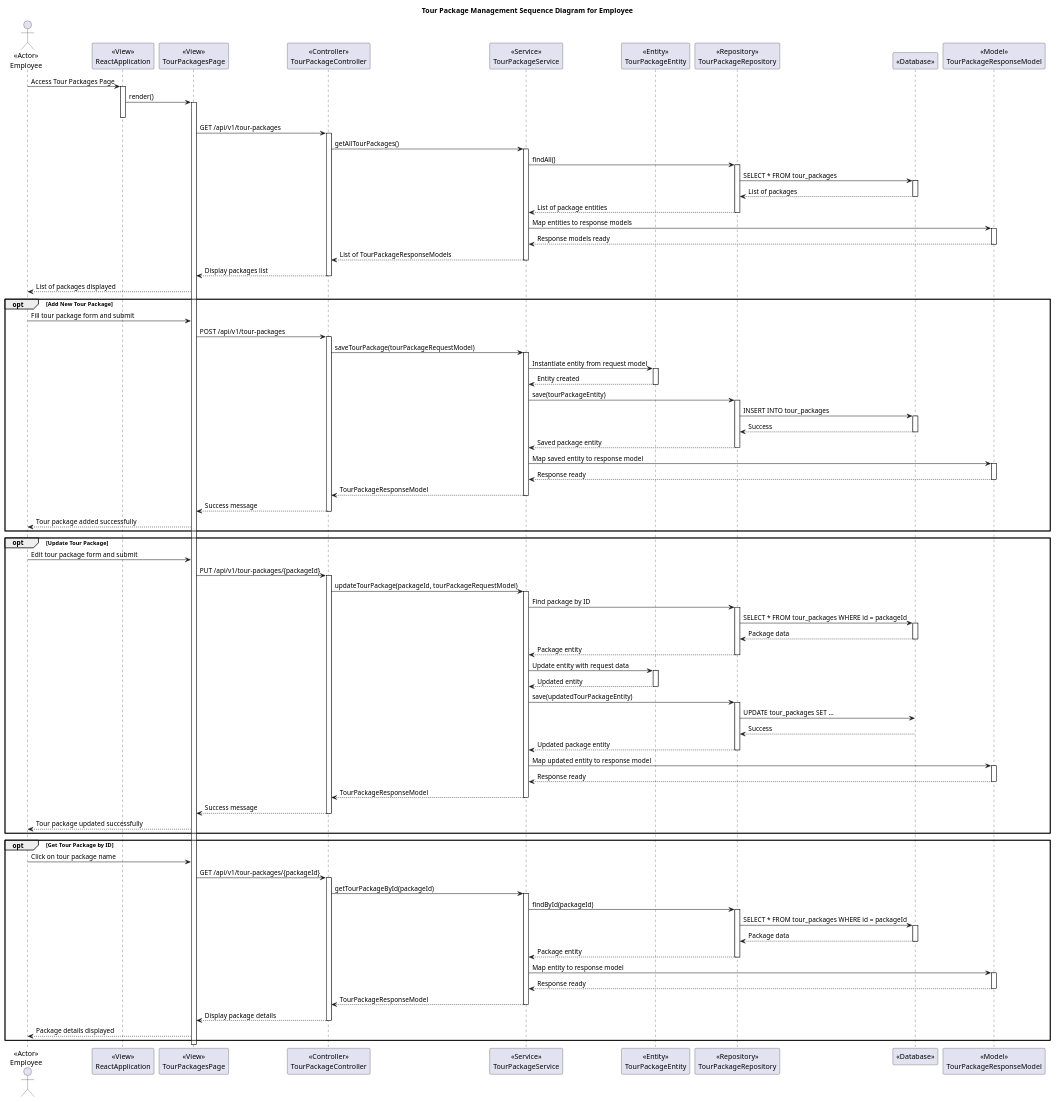
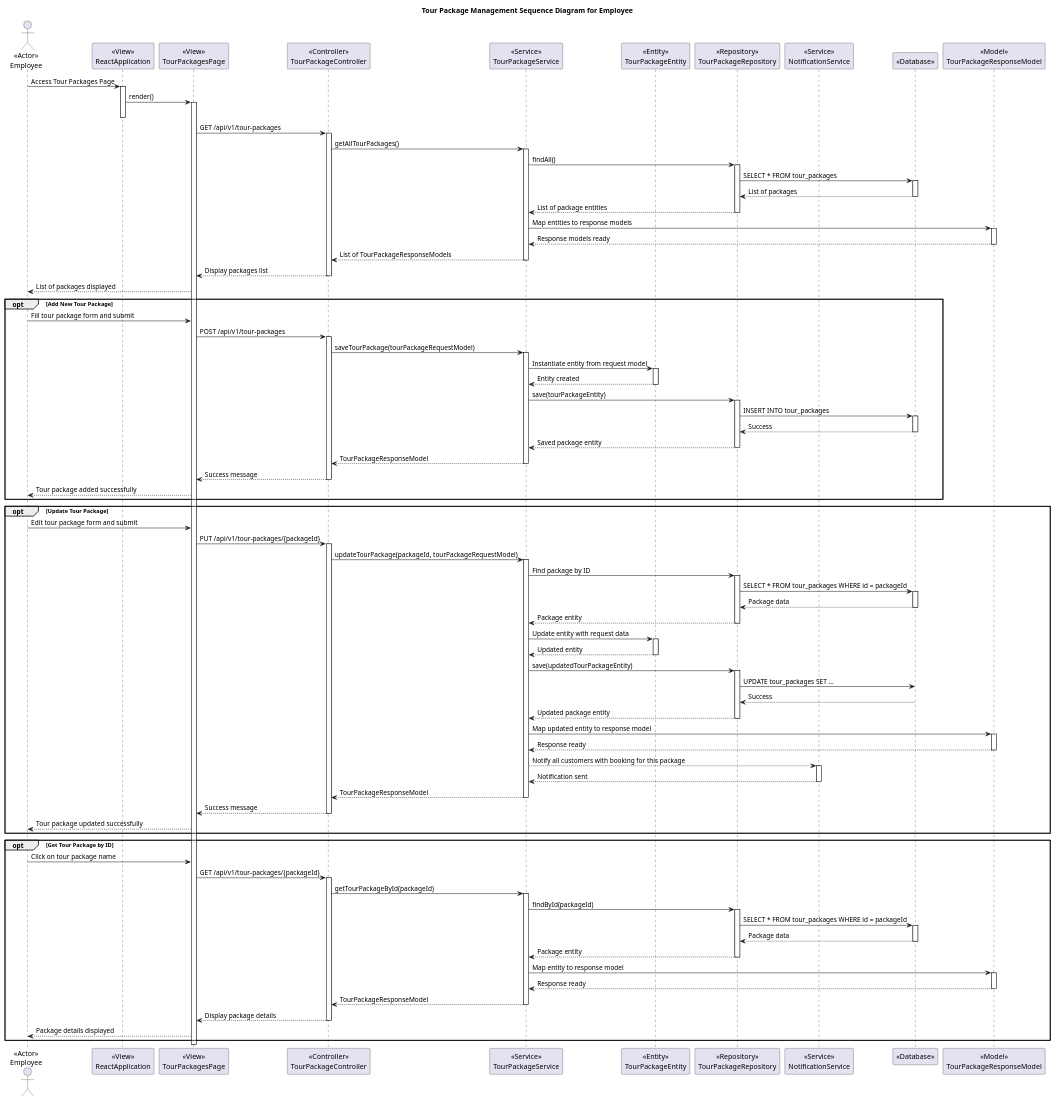
Before and after one commit to Hares-2088/TravelTrove: the diagram in diagrams/Design_Level_Sequence_Diagrams/Sprint2/Tour_Packages/Employee.puml, drawn with PlantUML. The commit also changed 2 other files, not shown here.

```diff
--- a/diagrams/Design_Level_Sequence_Diagrams/Sprint2/Tour_Packages/Employee.puml
+++ b/diagrams/Design_Level_Sequence_Diagrams/Sprint2/Tour_Packages/Employee.puml
@@ -1,163 +1,164 @@
 @startuml
 title Tour Package Management Sequence Diagram for Employee
 
 actor Employee as "<<Actor>>\nEmployee"
 
 participant ReactApplication as "<<View>>\nReactApplication"
 participant TourPackagesPage as "<<View>>\nTourPackagesPage"
 participant TourPackageController as "<<Controller>>\nTourPackageController"
 participant TourPackageService as "<<Service>>\nTourPackageService"
 participant TourPackageEntity as "<<Entity>>\nTourPackageEntity"
 participant TourPackageRepository as "<<Repository>>\nTourPackageRepository"
+participant NotificationService as "<<Service>>\nNotificationService"
 participant Database as "<<Database>>"
 participant TourPackageResponseModel as "<<Model>>\nTourPackageResponseModel"
 
 Employee -> ReactApplication : Access Tour Packages Page
 activate ReactApplication
 
 ReactApplication -> TourPackagesPage : render()
 activate TourPackagesPage
 deactivate ReactApplication
 
 TourPackagesPage -> TourPackageController : GET /api/v1/tour-packages
 activate TourPackageController
 
 TourPackageController -> TourPackageService : getAllTourPackages()
 activate TourPackageService
 
 TourPackageService -> TourPackageRepository : findAll()
 activate TourPackageRepository
 
 TourPackageRepository -> Database : SELECT * FROM tour_packages
 activate Database
 Database --> TourPackageRepository : List of packages
 deactivate Database
 
 TourPackageRepository --> TourPackageService : List of package entities
 deactivate TourPackageRepository
 
 TourPackageService -> TourPackageResponseModel : Map entities to response models
 activate TourPackageResponseModel
 TourPackageResponseModel --> TourPackageService : Response models ready
 deactivate TourPackageResponseModel
 
 TourPackageService --> TourPackageController : List of TourPackageResponseModels
 deactivate TourPackageService
 
 TourPackageController --> TourPackagesPage : Display packages list
 deactivate TourPackageController
 
 TourPackagesPage --> Employee : List of packages displayed
 
 opt Add New Tour Package
     Employee -> TourPackagesPage : Fill tour package form and submit
     TourPackagesPage -> TourPackageController : POST /api/v1/tour-packages
     activate TourPackageController
 
     TourPackageController -> TourPackageService : saveTourPackage(tourPackageRequestModel)
     activate TourPackageService
 
     TourPackageService -> TourPackageEntity : Instantiate entity from request model
     activate TourPackageEntity
     TourPackageEntity --> TourPackageService : Entity created
     deactivate TourPackageEntity
 
     TourPackageService -> TourPackageRepository : save(tourPackageEntity)
     activate TourPackageRepository
     TourPackageRepository -> Database : INSERT INTO tour_packages
     activate Database
     Database --> TourPackageRepository : Success
     deactivate Database
     TourPackageRepository --> TourPackageService : Saved package entity
     deactivate TourPackageRepository
 
-    TourPackageService -> TourPackageResponseModel : Map saved entity to response model
-    activate TourPackageResponseModel
-    TourPackageResponseModel --> TourPackageService : Response ready
-    deactivate TourPackageResponseModel
-
     TourPackageService --> TourPackageController : TourPackageResponseModel
     deactivate TourPackageService
 
     TourPackageController --> TourPackagesPage : Success message
     deactivate TourPackageController
 
     TourPackagesPage --> Employee : Tour package added successfully
 end
 
 opt Update Tour Package
     Employee -> TourPackagesPage : Edit tour package form and submit
     TourPackagesPage -> TourPackageController : PUT /api/v1/tour-packages/{packageId}
     activate TourPackageController
 
     TourPackageController -> TourPackageService : updateTourPackage(packageId, tourPackageRequestModel)
     activate TourPackageService
 
     TourPackageService -> TourPackageRepository : Find package by ID
     activate TourPackageRepository
     TourPackageRepository -> Database : SELECT * FROM tour_packages WHERE id = packageId
     activate Database
     Database --> TourPackageRepository : Package data
     deactivate Database
     TourPackageRepository --> TourPackageService : Package entity
     deactivate TourPackageRepository
 
     TourPackageService -> TourPackageEntity : Update entity with request data
     activate TourPackageEntity
     TourPackageEntity --> TourPackageService : Updated entity
     deactivate TourPackageEntity
 
     TourPackageService -> TourPackageRepository : save(updatedTourPackageEntity)
     activate TourPackageRepository
     TourPackageRepository -> Database : UPDATE tour_packages SET ...
     Database --> TourPackageRepository : Success
     deactivate Database
     TourPackageRepository --> TourPackageService : Updated package entity
     deactivate TourPackageRepository
 
     TourPackageService -> TourPackageResponseModel : Map updated entity to response model
     activate TourPackageResponseModel
     TourPackageResponseModel --> TourPackageService : Response ready
     deactivate TourPackageResponseModel
 
+    TourPackageService --> NotificationService : Notify all customers with booking for this package
+    activate NotificationService
+    NotificationService --> TourPackageService : Notification sent
+    deactivate NotificationService
+
     TourPackageService --> TourPackageController : TourPackageResponseModel
     deactivate TourPackageService
 
     TourPackageController --> TourPackagesPage : Success message
     deactivate TourPackageController
 
     TourPackagesPage --> Employee : Tour package updated successfully
 end
 
 opt Get Tour Package by ID
     Employee -> TourPackagesPage : Click on tour package name
     TourPackagesPage -> TourPackageController : GET /api/v1/tour-packages/{packageId}
     activate TourPackageController
 
     TourPackageController -> TourPackageService : getTourPackageById(packageId)
     activate TourPackageService
 
     TourPackageService -> TourPackageRepository : findById(packageId)
     activate TourPackageRepository
     TourPackageRepository -> Database : SELECT * FROM tour_packages WHERE id = packageId
     activate Database
     Database --> TourPackageRepository : Package data
     deactivate Database
     TourPackageRepository --> TourPackageService : Package entity
     deactivate TourPackageRepository
 
     TourPackageService -> TourPackageResponseModel : Map entity to response model
     activate TourPackageResponseModel
     TourPackageResponseModel --> TourPackageService : Response ready
     deactivate TourPackageResponseModel
 
     TourPackageService --> TourPackageController : TourPackageResponseModel
     deactivate TourPackageService
 
     TourPackageController --> TourPackagesPage : Display package details
     deactivate TourPackageController
 
     TourPackagesPage --> Employee : Package details displayed
 end
 
 @enduml
```
